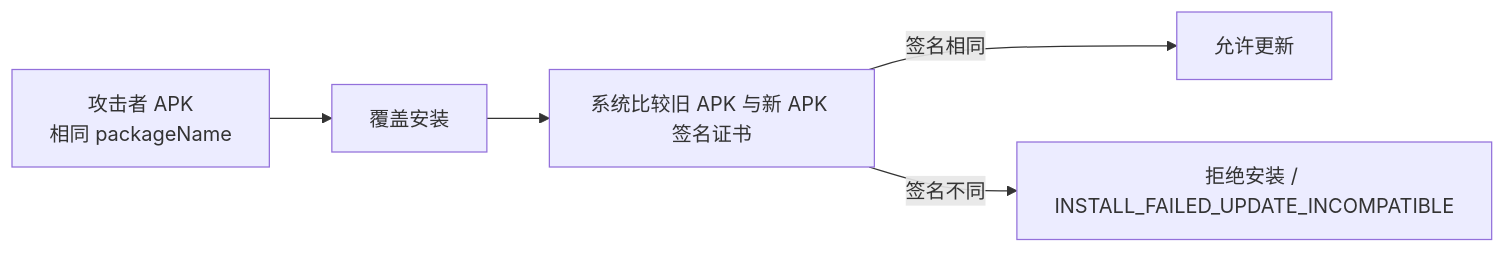
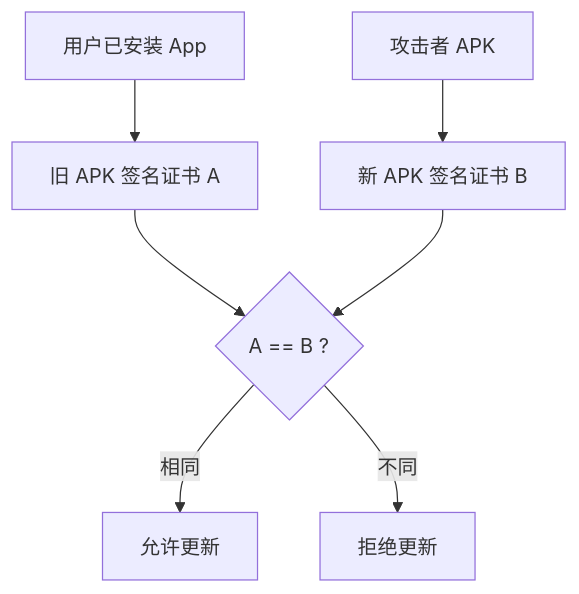
One commit to junyingzhao001/StudyNotes changed the eighth of 11 diagrams in android插件相关/签名详解.md. Above: the diagram before and after it, drawn with Mermaid. The commit also changed other lines of this file and 3 other files, not shown here.

````diff
--- a/android插件相关/签名详解.md
+++ b/android插件相关/签名详解.md
@@ -658,8 +635,9 @@
 ```mermaid
-flowchart LR
-  Attacker["攻击者 APK
-相同 packageName"] --> Install["覆盖安装"]
-  Install --> Compare["系统比较旧 APK 与新 APK 签名证书"]
-  Compare -->|签名相同| Allow["允许更新"]
-  Compare -->|签名不同| Reject["拒绝安装 / INSTALL_FAILED_UPDATE_INCOMPATIBLE"]
+flowchart TD
+    A["用户已安装 App"] --> B["旧 APK 签名证书 A"]
+    C["攻击者 APK"] --> D["新 APK 签名证书 B"]
+    B --> E{"A == B ?"}
+    D --> E
+    E -->|"相同"| F["允许更新"]
+    E -->|"不同"| G["拒绝更新"]
 ```
````
